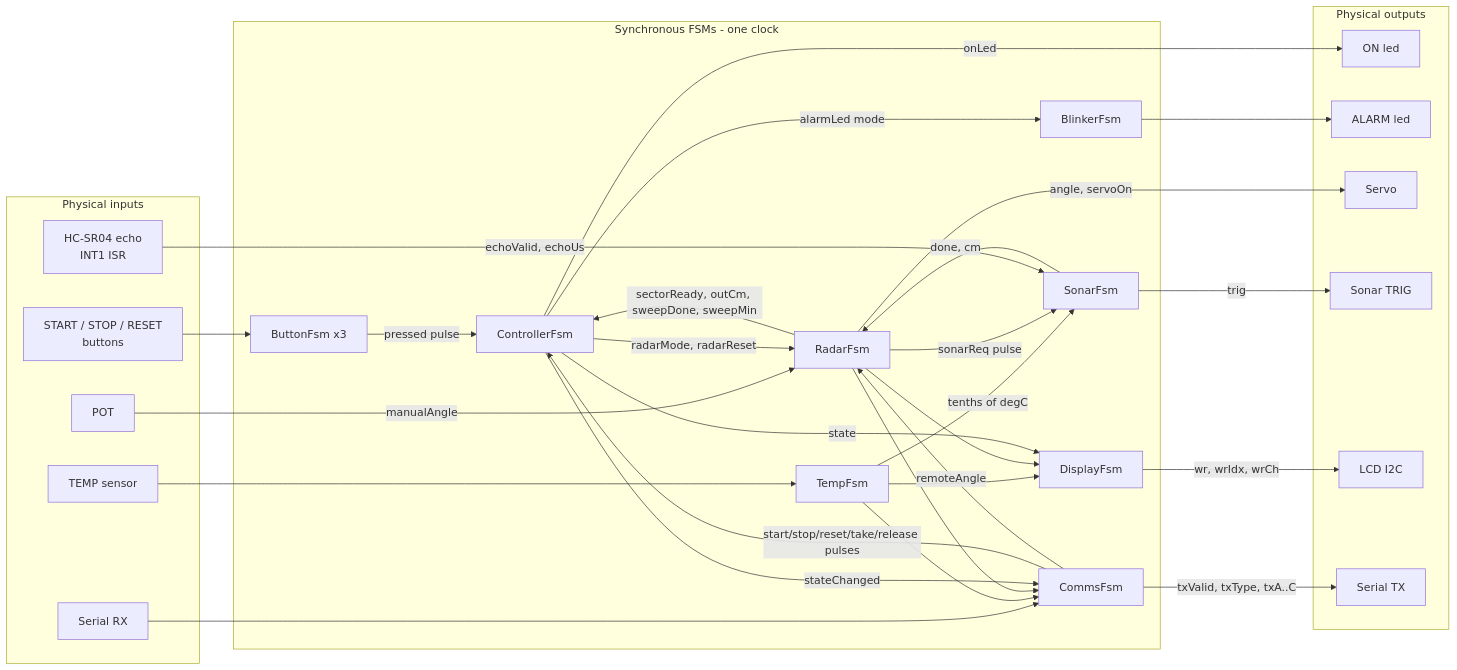
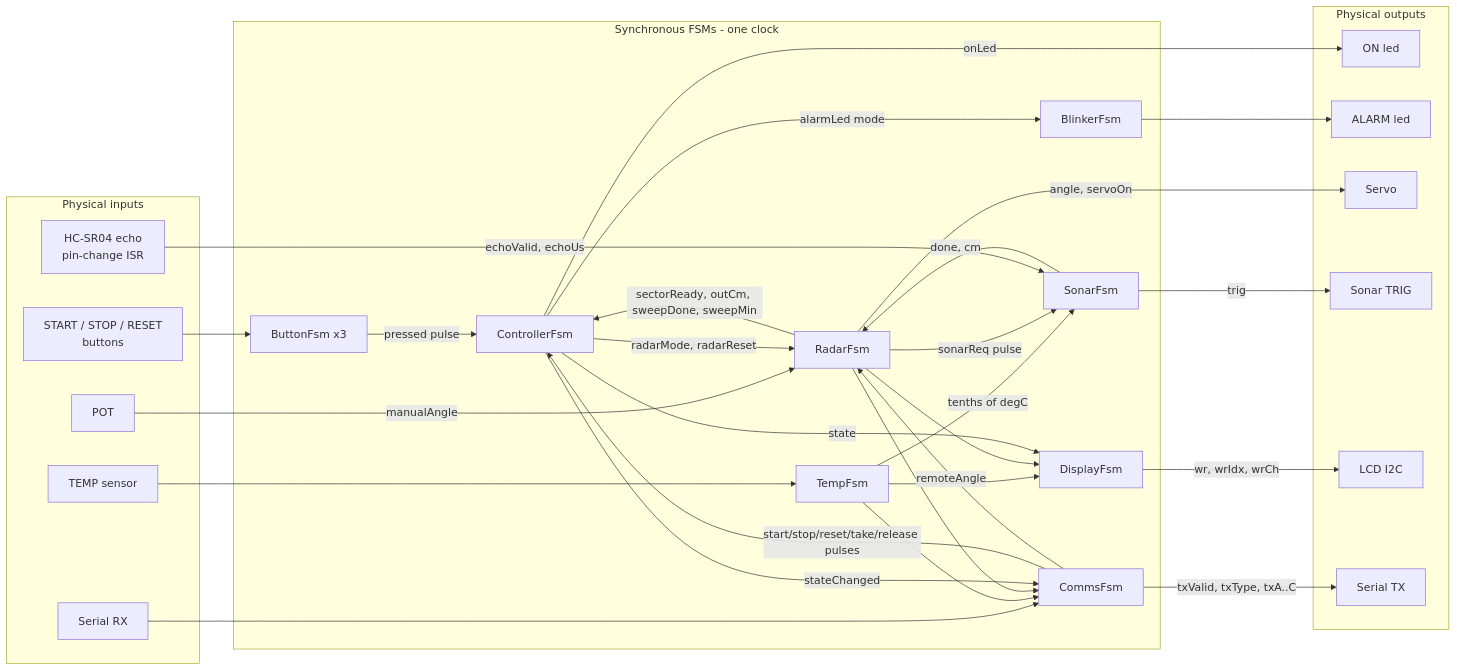
The first of 10 diagrams in doc/fsm-diagrams.md (MatuxTV/assigment2), drawn with Mermaid before and after one commit. The commit also changed other lines of this file and 9 other files, not shown here.

````diff
--- a/doc/fsm-diagrams.md
+++ b/doc/fsm-diagrams.md
@@ -25,56 +25,56 @@
 ```mermaid
 flowchart LR
   subgraph IN[Physical inputs]
     BTN[START / STOP / RESET<br/>buttons]
     POT[POT]
     LM[TEMP sensor]
-    ECHO[HC-SR04 echo<br/>INT1 ISR]
+    ECHO[HC-SR04 echo<br/>pin-change ISR]
     RX[Serial RX]
   end
 
   subgraph FSMS[Synchronous FSMs - one clock]
     B[ButtonFsm x3]
     CT[ControllerFsm]
     RD[RadarFsm]
     SN[SonarFsm]
     TP[TempFsm]
     BL[BlinkerFsm]
     DP[DisplayFsm]
     CM[CommsFsm]
   end
 
   subgraph OUT[Physical outputs]
     LON[ON led]
     LAL[ALARM led]
     SRV[Servo]
     TRG[Sonar TRIG]
     LCD[LCD I2C]
     TX[Serial TX]
   end
 
   BTN --> B -- pressed pulse --> CT
   RX --> CM -- start/stop/reset/take/release pulses --> CT
   CM -- remoteAngle --> RD
   POT -- manualAngle --> RD
   LM --> TP -- tenths of degC --> SN
   TP --> DP
   TP --> CM
 
   CT -- radarMode, radarReset --> RD
   RD -- sonarReq pulse --> SN
   ECHO -- echoValid, echoUs --> SN
   SN -- done, cm --> RD
   RD -- sectorReady, outCm, sweepDone, sweepMin --> CT
   RD --> DP
   RD --> CM
   CT -- alarmLed mode --> BL
   CT -- state --> DP
   CT -- stateChanged --> CM
 
   CT -- onLed --> LON
   BL --> LAL
   RD -- angle, servoOn --> SRV
   SN -- trig --> TRG
   DP -- wr, wrIdx, wrCh --> LCD
   CM -- txValid, txType, txA..C --> TX
 ```
````
